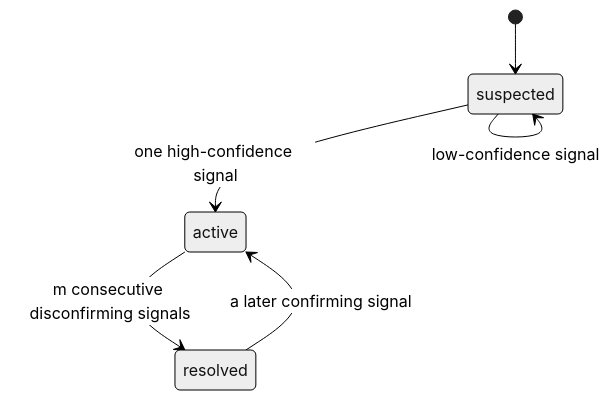
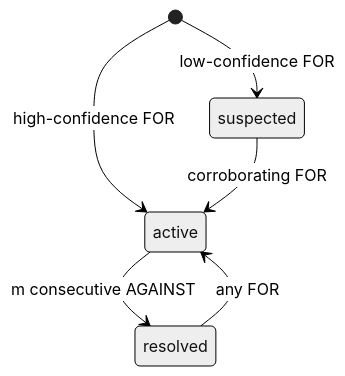
Before and after one commit to stemolly/wiki: the second of 3 diagrams in src/content/docs/engine/engine-impl/projectors.md, drawn with Mermaid (neutral theme). The commit also changed other lines of this file and 57 other files, not shown here.

````diff
--- a/src/content/docs/engine/engine-impl/projectors.md
+++ b/src/content/docs/engine/engine-impl/projectors.md
@@ -37,8 +72,8 @@
 ```mermaid
 stateDiagram-v2
-    [*] --> suspected
-    suspected --> active: one high-confidence signal
-    suspected --> suspected: low-confidence signal
-    active --> resolved: m consecutive disconfirming signals
-    resolved --> active: a later confirming signal
+    [*] --> suspected : low-confidence FOR
+    [*] --> active : high-confidence FOR
+    suspected --> active : corroborating FOR
+    active --> resolved : m consecutive AGAINST
+    resolved --> active : any FOR
 ```
````
